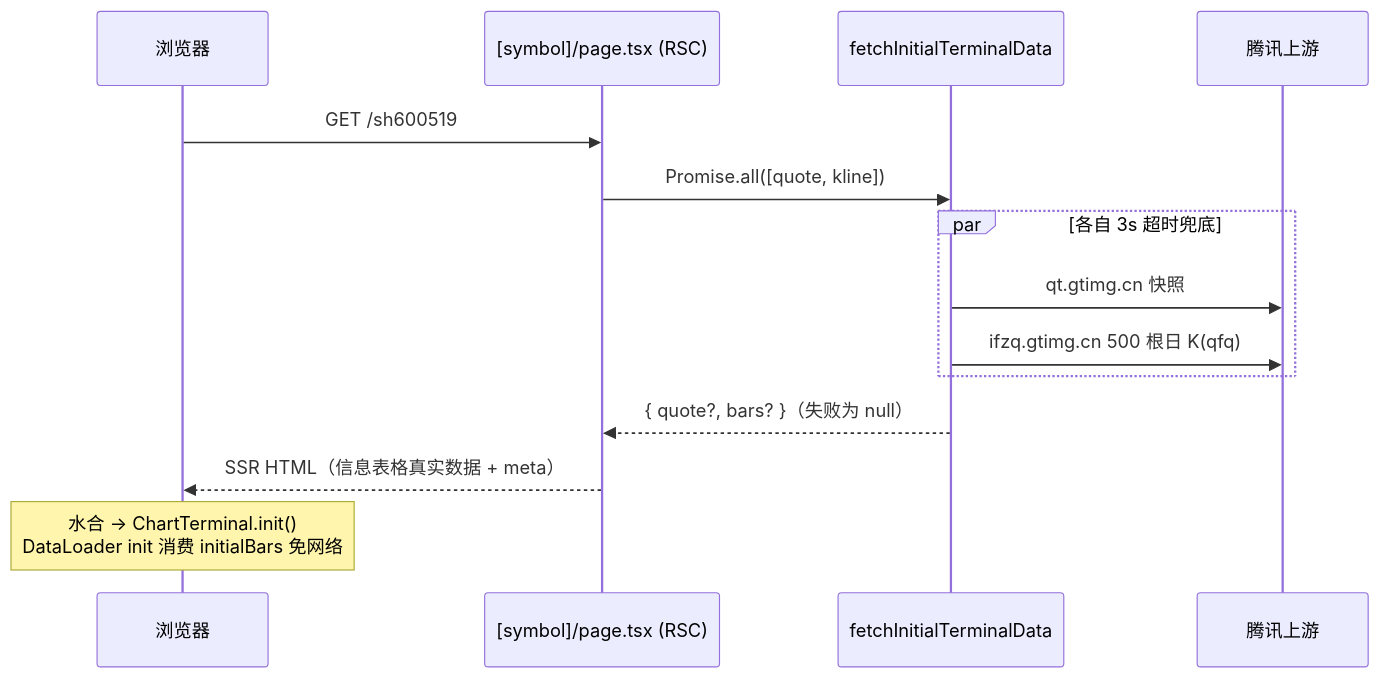
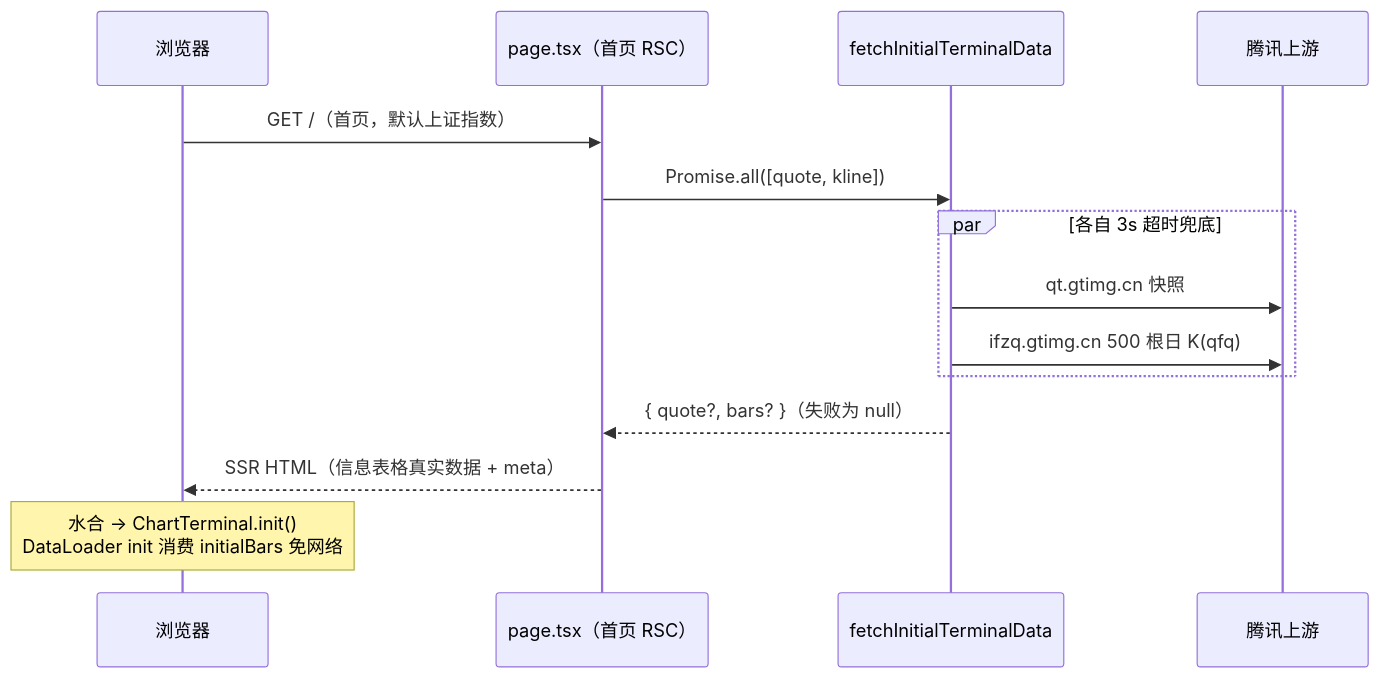
Before and after one commit to jaiden-home/preview-v10: the third of 8 diagrams in docs/ARCHITECTURE.md, drawn with Mermaid. The commit also changed other lines of this file and 2 other files, not shown here.

First line of the commit message:
docs: add agent guide and project rules, sync architecture doc

````diff
--- a/docs/ARCHITECTURE.md
+++ b/docs/ARCHITECTURE.md
@@ -230,16 +244,16 @@
 ```mermaid
 sequenceDiagram
     participant B as 浏览器
-    participant P as [symbol]/page.tsx (RSC)
+    participant P as page.tsx（首页 RSC）
     participant F as fetchInitialTerminalData
     participant U as 腾讯上游
-    B->>P: GET /sh600519
+    B->>P: GET /（首页，默认上证指数）
     P->>F: Promise.all([quote, kline])
     par 各自 3s 超时兜底
         F->>U: qt.gtimg.cn 快照
         F->>U: ifzq.gtimg.cn 500 根日 K(qfq)
     end
     F-->>P: { quote?, bars? }（失败为 null）
     P-->>B: SSR HTML（信息表格真实数据 + meta）
     Note over B: 水合 → ChartTerminal.init()<br/>DataLoader init 消费 initialBars 免网络
 ```
````
